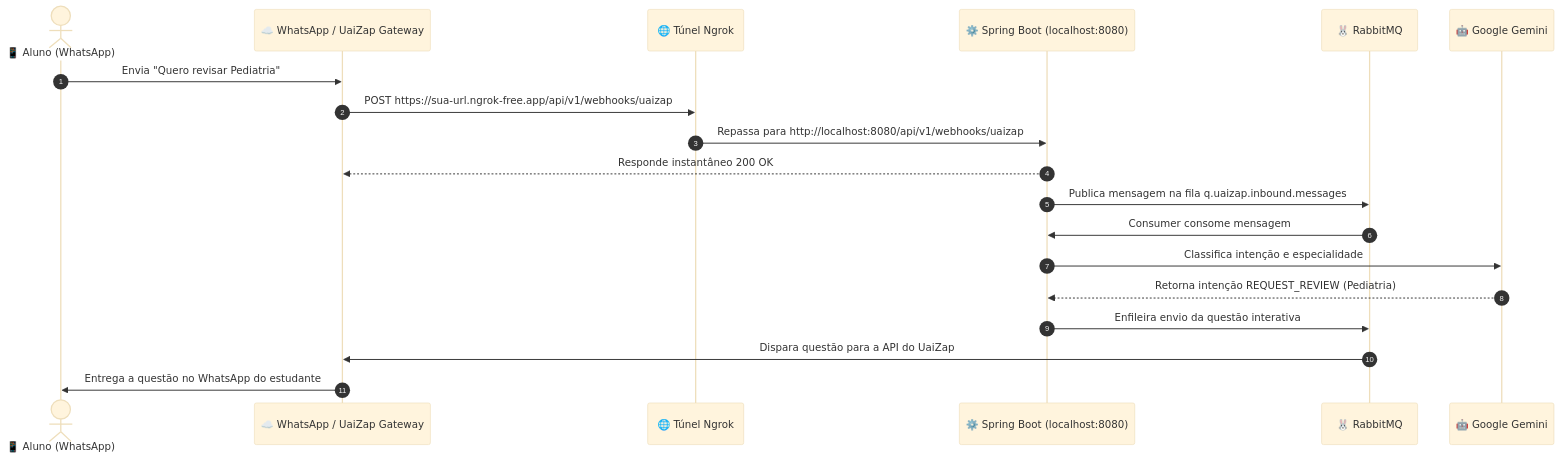
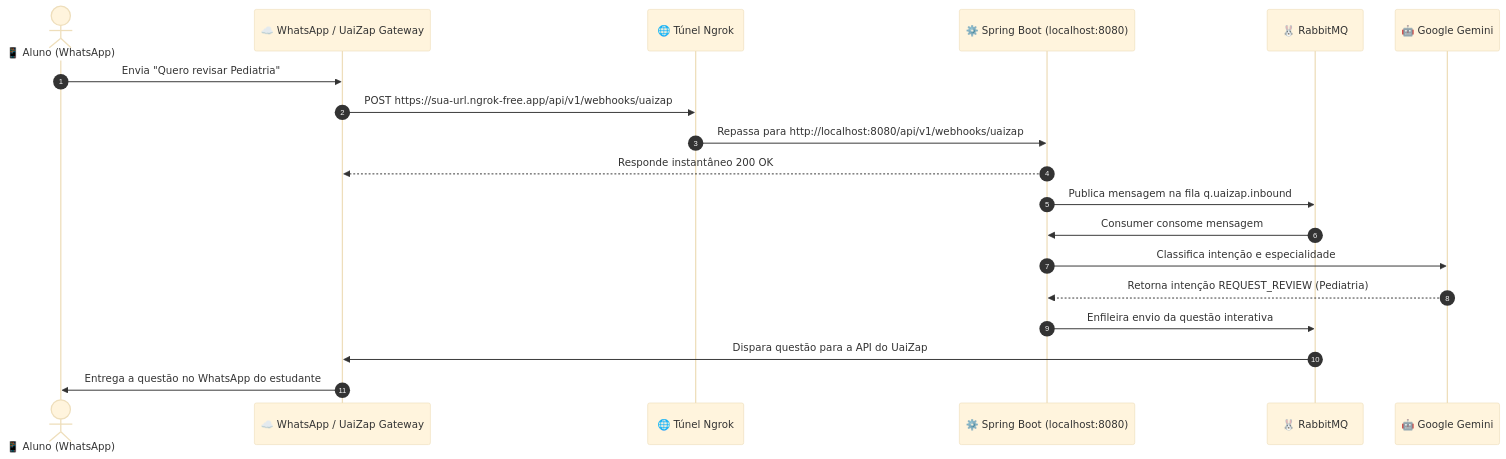
The diagram in docs/GUIA_NGROK_WEBHOOK.md (NickolasTav/med-mmeebb-chatbot), drawn with Mermaid (base theme) before and after one commit. The commit also changed 11 other files, not shown here.

````diff
--- a/docs/GUIA_NGROK_WEBHOOK.md
+++ b/docs/GUIA_NGROK_WEBHOOK.md
@@ -132,22 +132,22 @@
 ```mermaid
 sequenceDiagram
     autonumber
     actor Aluno as 📱 Aluno (WhatsApp)
     participant Wpp as ☁️ WhatsApp / UaiZap Gateway
     participant Ngrok as 🌐 Túnel Ngrok
     participant App as ⚙️ Spring Boot (localhost:8080)
     participant Rabbit as 🐰 RabbitMQ
     participant Gemini as 🤖 Google Gemini
 
     Aluno->>Wpp: Envia "Quero revisar Pediatria"
     Wpp->>Ngrok: POST https://sua-url.ngrok-free.app/api/v1/webhooks/uaizap
     Ngrok->>App: Repassa para http://localhost:8080/api/v1/webhooks/uaizap
     App-->>Wpp: Responde instantâneo 200 OK
-    App->>Rabbit: Publica mensagem na fila q.uaizap.inbound.messages
+    App->>Rabbit: Publica mensagem na fila q.uaizap.inbound
     Rabbit->>App: Consumer consome mensagem
     App->>Gemini: Classifica intenção e especialidade
     Gemini-->>App: Retorna intenção REQUEST_REVIEW (Pediatria)
     App->>Rabbit: Enfileira envio da questão interativa
     Rabbit->>Wpp: Dispara questão para a API do UaiZap
     Wpp->>Aluno: Entrega a questão no WhatsApp do estudante
 ```
````
